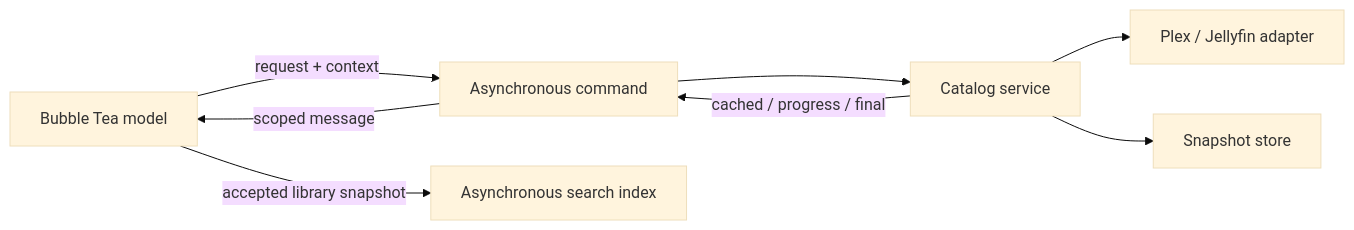
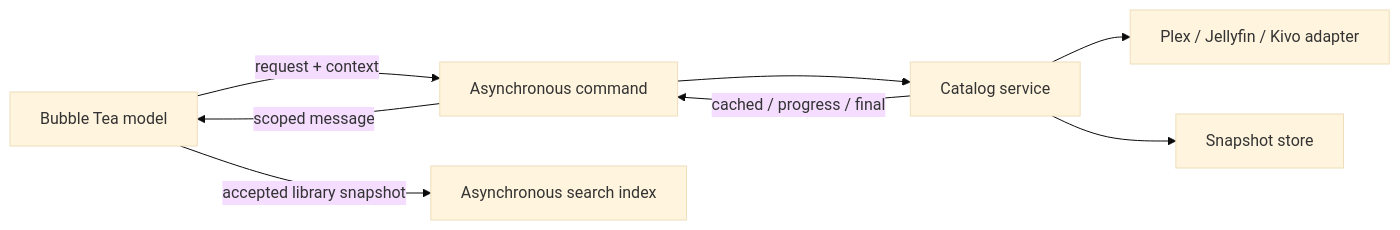
Before and after one commit to mmcdole/kino: the diagram in docs/architecture.md, drawn with Mermaid (base theme). The commit also changed other lines of this file and 63 other files, not shown here.

First line of the commit message:
Add a Kivo backend and mpv play sessions

````diff
--- a/docs/architecture.md
+++ b/docs/architecture.md
@@ -7,10 +7,10 @@
 ```mermaid
 flowchart LR
     UI["Bubble Tea model"] -->|request + context| Cmd["Asynchronous command"]
     Cmd --> Catalog["Catalog service"]
-    Catalog --> Backend["Plex / Jellyfin adapter"]
+    Catalog --> Backend["Plex / Jellyfin / Kivo adapter"]
     Catalog --> Cache["Snapshot store"]
     Catalog -->|cached / progress / final| Cmd
     Cmd -->|scoped message| UI
     UI -->|accepted library snapshot| Search["Asynchronous search index"]
 ```
````
